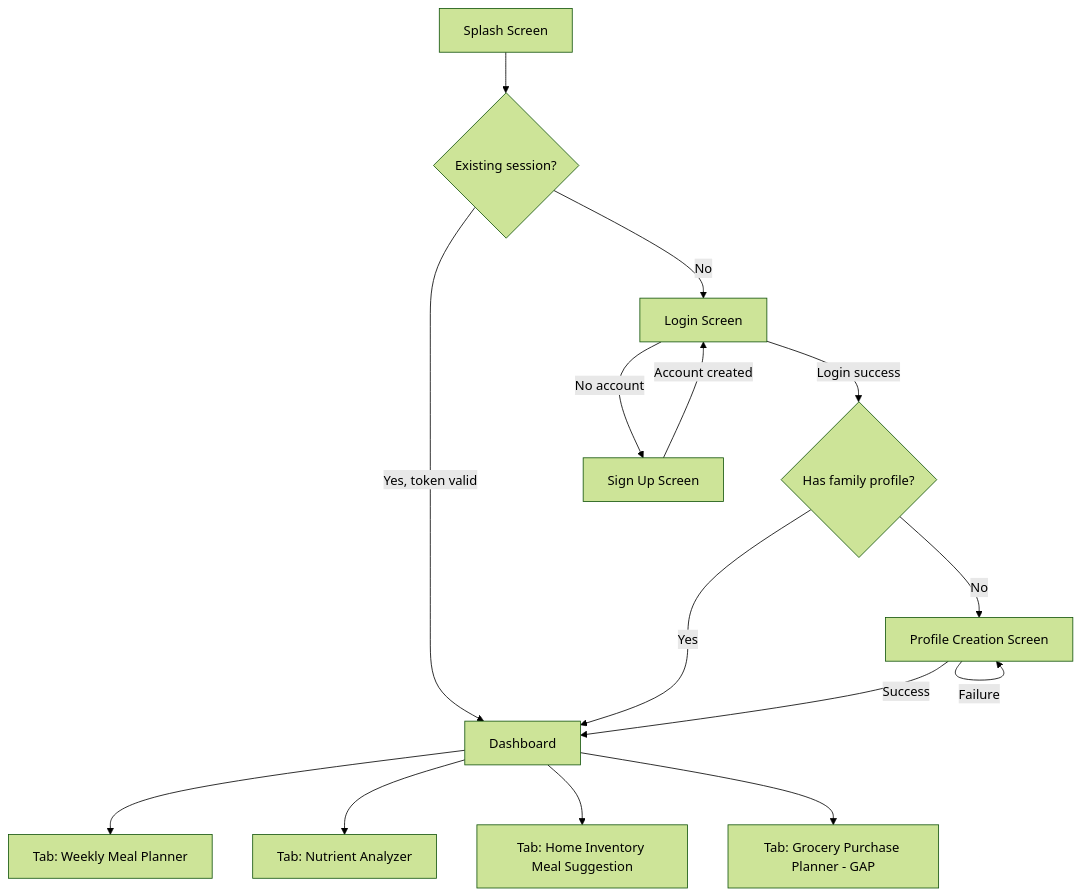
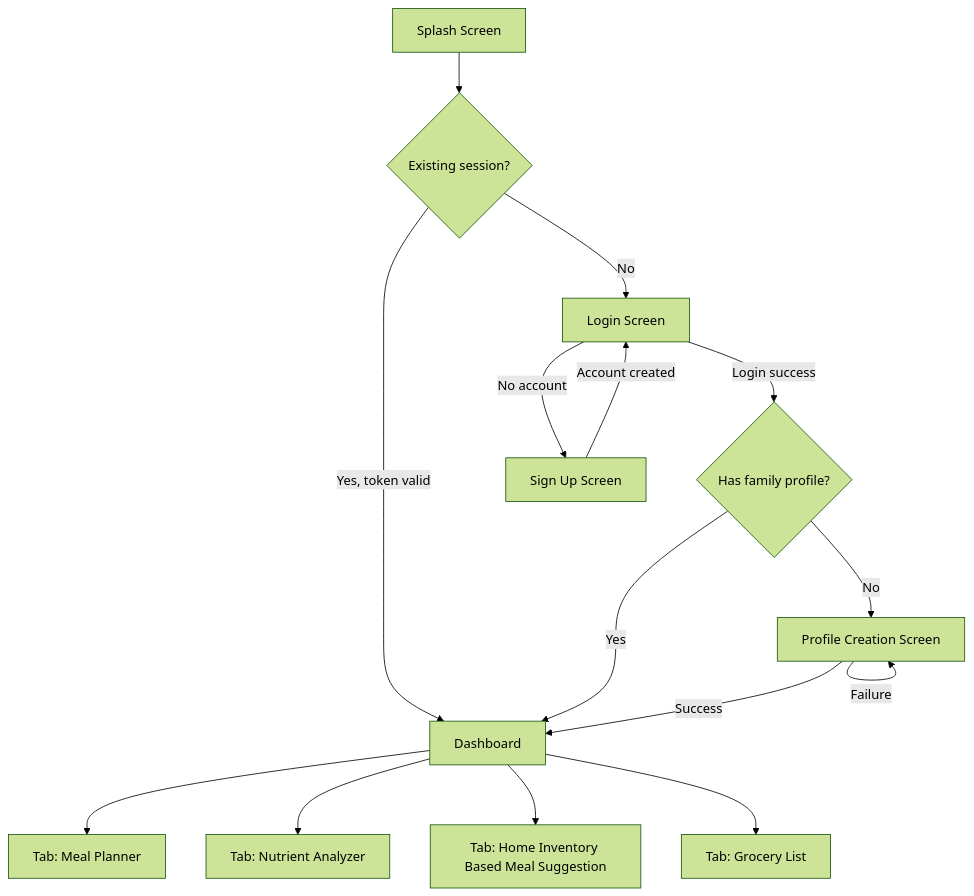
One commit to subhi19/nutriwise-ai changed the first of 9 diagrams in docs/frontend-flow-and-business-logic.md. Above: the diagram before and after it, drawn with Mermaid (forest theme). The commit also changed other lines of this file, not shown here.

Commit message:
Update frontend doc v1.2: finalize per-day meal type selection

````diff
--- a/docs/frontend-flow-and-business-logic.md
+++ b/docs/frontend-flow-and-business-logic.md
@@ -49,17 +48,17 @@
 ```mermaid
 flowchart TD
     A[Splash Screen] --> B{Existing session?}
     B -->|Yes, token valid| E[Dashboard]
     B -->|No| C[Login Screen]
     C -->|Login success| F{Has family profile?}
     C -->|No account| D[Sign Up Screen]
     D -->|Account created| C
     F -->|Yes| E
     F -->|No| G[Profile Creation Screen]
     G -->|Success| E
     G -->|Failure| G
-    E --> H[Tab: Weekly Meal Planner]
+    E --> H[Tab: Meal Planner]
     E --> I[Tab: Nutrient Analyzer]
-    E --> J[Tab: Home Inventory Meal Suggestion]
-    E --> K[Tab: Grocery Purchase Planner - GAP]
+    E --> J[Tab: Home Inventory Based Meal Suggestion]
+    E --> K[Tab: Grocery List]
 ```
````
